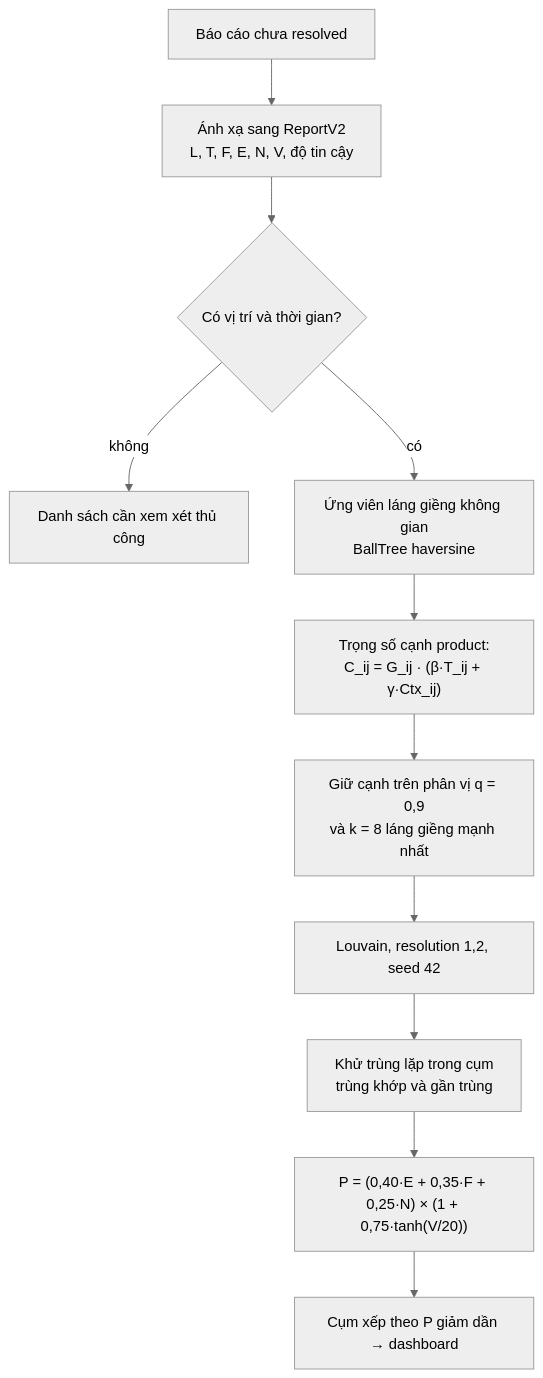
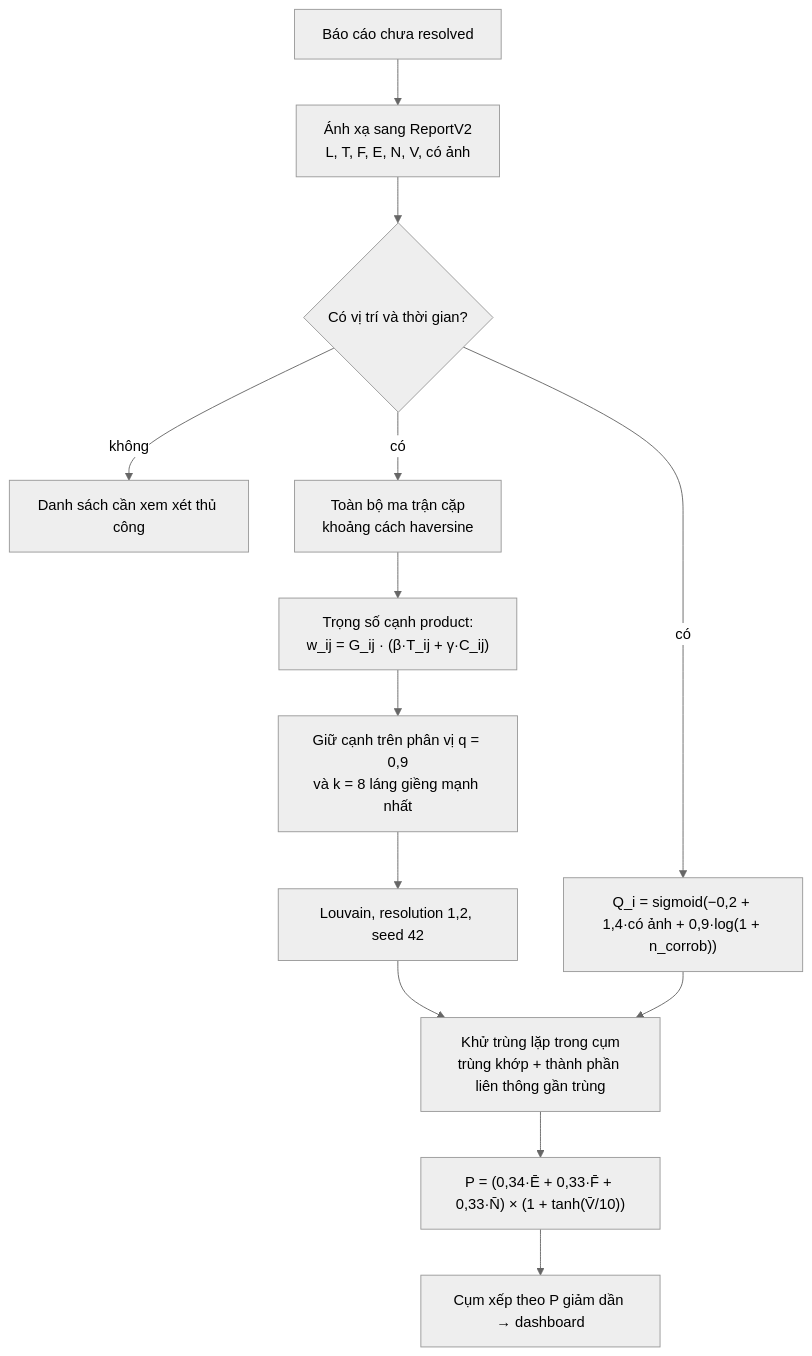
The fourth of 4 diagrams in docs/system_design.md (ngthtrong/nckh2), drawn with Mermaid (neutral theme) before and after one commit. The commit also changed other lines of this file and 61 other files, not shown here.

````diff
--- a/docs/system_design.md
+++ b/docs/system_design.md
@@ -173,13 +177,15 @@
 ```mermaid
 flowchart TD
-    R[Báo cáo chưa resolved] --> M[Ánh xạ sang ReportV2<br/>L, T, F, E, N, V, độ tin cậy]
+    R[Báo cáo chưa resolved] --> M[Ánh xạ sang ReportV2<br/>L, T, F, E, N, V, có ảnh]
     M --> E{Có vị trí và thời gian?}
     E -->|không| RV[Danh sách cần xem xét thủ công]
-    E -->|có| K[Ứng viên láng giềng không gian<br/>BallTree haversine]
-    K --> W["Trọng số cạnh product:<br/>C_ij = G_ij · (β·T_ij + γ·Ctx_ij)"]
+    E -->|có| K[Toàn bộ ma trận cặp<br/>khoảng cách haversine]
+    K --> W["Trọng số cạnh product:<br/>w_ij = G_ij · (β·T_ij + γ·C_ij)"]
     W --> Q[Giữ cạnh trên phân vị q = 0,9<br/>và k = 8 láng giềng mạnh nhất]
     Q --> L[Louvain, resolution 1,2, seed 42]
-    L --> D[Khử trùng lặp trong cụm<br/>trùng khớp và gần trùng]
-    D --> P["P = (0,40·E + 0,35·F + 0,25·N) × (1 + 0,75·tanh(V/20))"]
+    L --> D[Khử trùng lặp trong cụm<br/>trùng khớp + thành phần liên thông gần trùng]
+    E -->|có| QI["Q_i = sigmoid(−0,2 + 1,4·có ảnh + 0,9·log(1 + n_corrob))"]
+    QI --> D
+    D --> P["P = (0,34·Ē + 0,33·F̄ + 0,33·N̄) × (1 + tanh(V̄/10))"]
     P --> O[Cụm xếp theo P giảm dần → dashboard]
 ```
````
